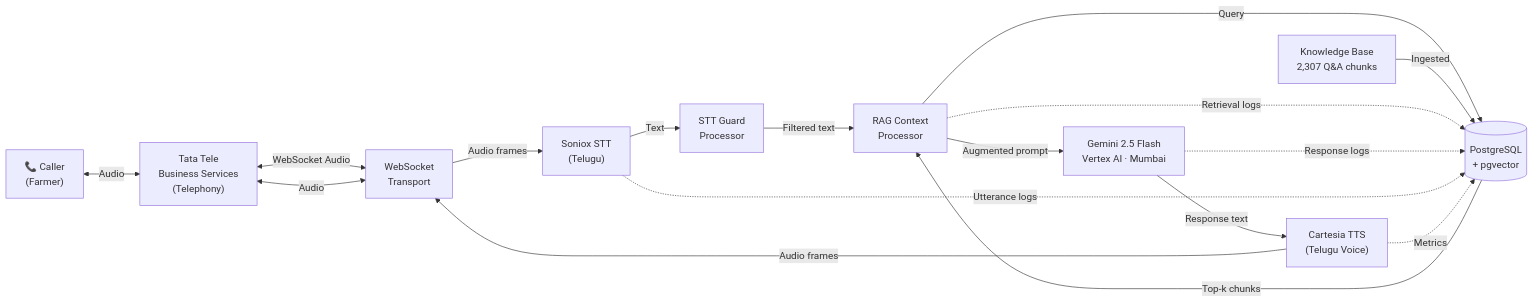
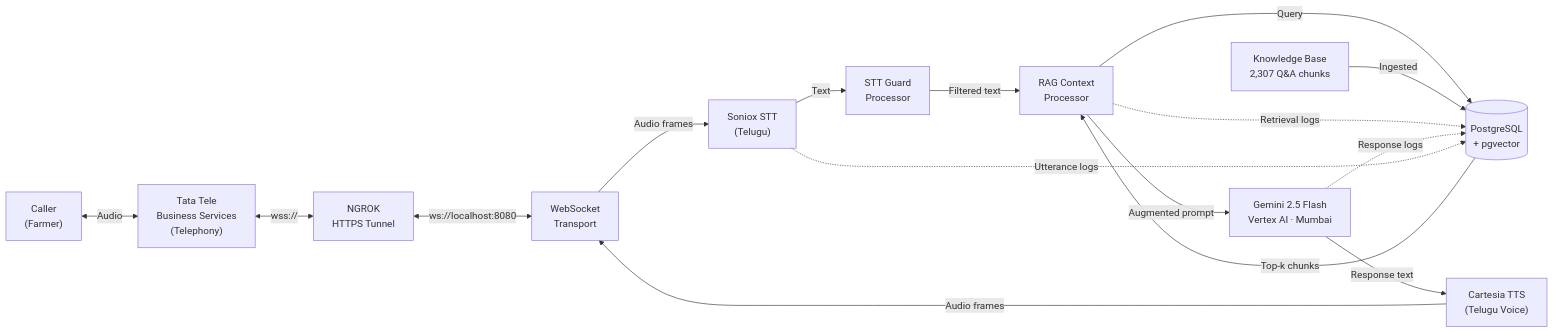
Before and after one commit to satyasurya7/FarmV_POC: the diagram in README.md, drawn with Mermaid. The commit also changed other lines of this file and 15 other files, not shown here.

````diff
--- a/README.md
+++ b/README.md
@@ -9,31 +9,31 @@
 ```mermaid
 flowchart LR
-    Caller["📞 Caller\n(Farmer)"]
+    Caller["Caller\n(Farmer)"]
     TataTele["Tata Tele\nBusiness Services\n(Telephony)"]
+    NGROK["NGROK\nHTTPS Tunnel"]
     WS["WebSocket\nTransport"]
     STT["Soniox STT\n(Telugu)"]
     Guard["STT Guard\nProcessor"]
     RAG["RAG Context\nProcessor"]
     LLM["Gemini 2.5 Flash\nVertex AI · Mumbai"]
     TTS["Cartesia TTS\n(Telugu Voice)"]
     DB[(PostgreSQL\n+ pgvector)]
     KB["Knowledge Base\n2,307 Q&A chunks"]
 
     Caller <-->|Audio| TataTele
-    TataTele <-->|WebSocket Audio| WS
+    TataTele <-->|wss://| NGROK
+    NGROK <-->|ws://localhost:8080| WS
     WS -->|Audio frames| STT
     STT -->|Text| Guard
     Guard -->|Filtered text| RAG
     RAG -->|Query| DB
     DB -->|Top-k chunks| RAG
     KB -->|Ingested| DB
     RAG -->|Augmented prompt| LLM
     LLM -->|Response text| TTS
     TTS -->|Audio frames| WS
-    WS <-->|Audio| TataTele
 
     RAG -.->|Retrieval logs| DB
     LLM -.->|Response logs| DB
     STT -.->|Utterance logs| DB
-    TTS -.->|Metrics| DB
 ```
````
